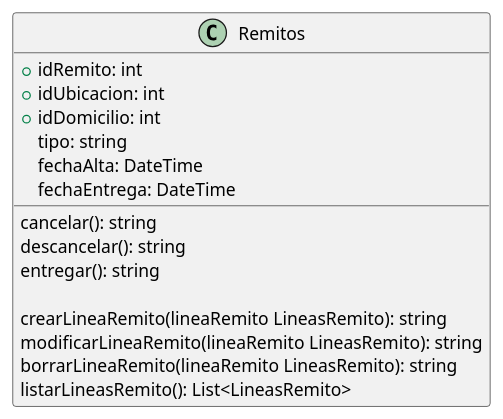
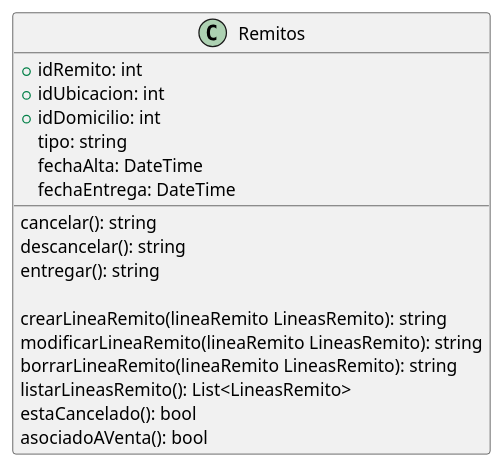
One commit to ZMGestion/DocumentacionZMGestion changed the diagram in DiagramaClases/Clases/Remitos.puml. Above: the diagram before and after it, drawn with PlantUML. The commit also changed 7 other files, not shown here.

```diff
--- a/DiagramaClases/Clases/Remitos.puml
+++ b/DiagramaClases/Clases/Remitos.puml
@@ -1,19 +1,21 @@
 @startuml Remitos
 class Remitos{
     +idRemito: int
     +idUbicacion: int
     +idDomicilio: int
     tipo: string
     fechaAlta: DateTime
     fechaEntrega: DateTime
     
     cancelar(): string
     descancelar(): string
     entregar(): string
 
     crearLineaRemito(lineaRemito LineasRemito): string
     modificarLineaRemito(lineaRemito LineasRemito): string
     borrarLineaRemito(lineaRemito LineasRemito): string
     listarLineasRemito(): List<LineasRemito>
+    estaCancelado(): bool
+    asociadoAVenta(): bool
 }
 @enduml
```
